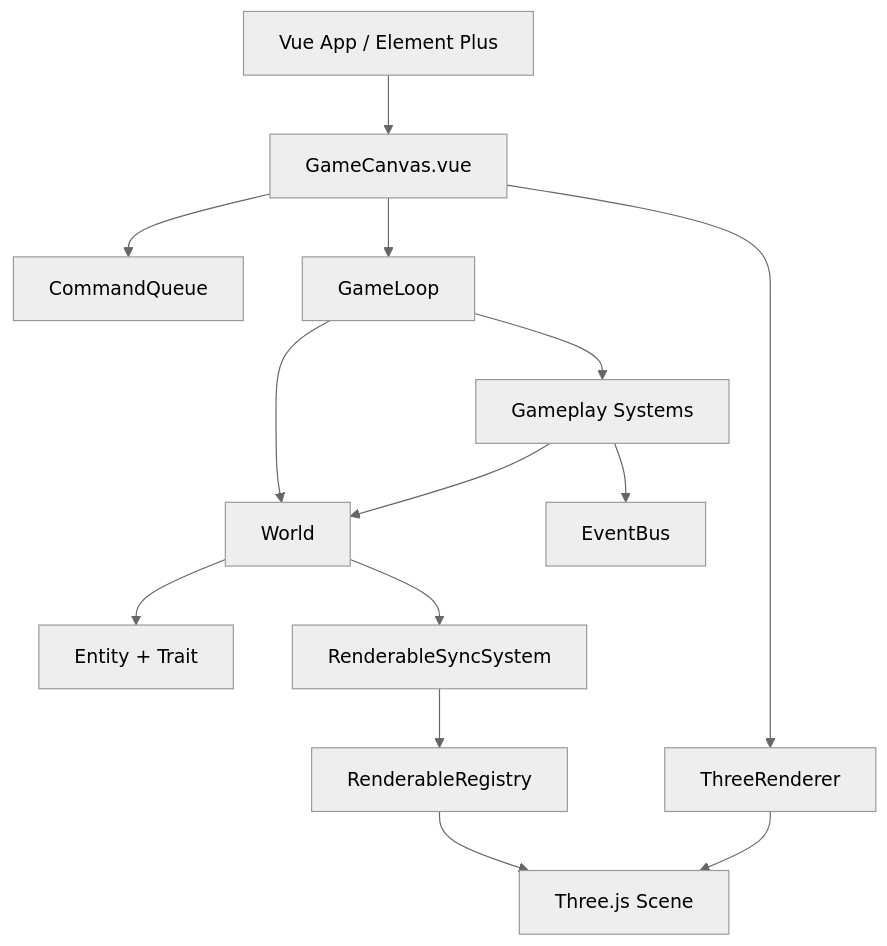
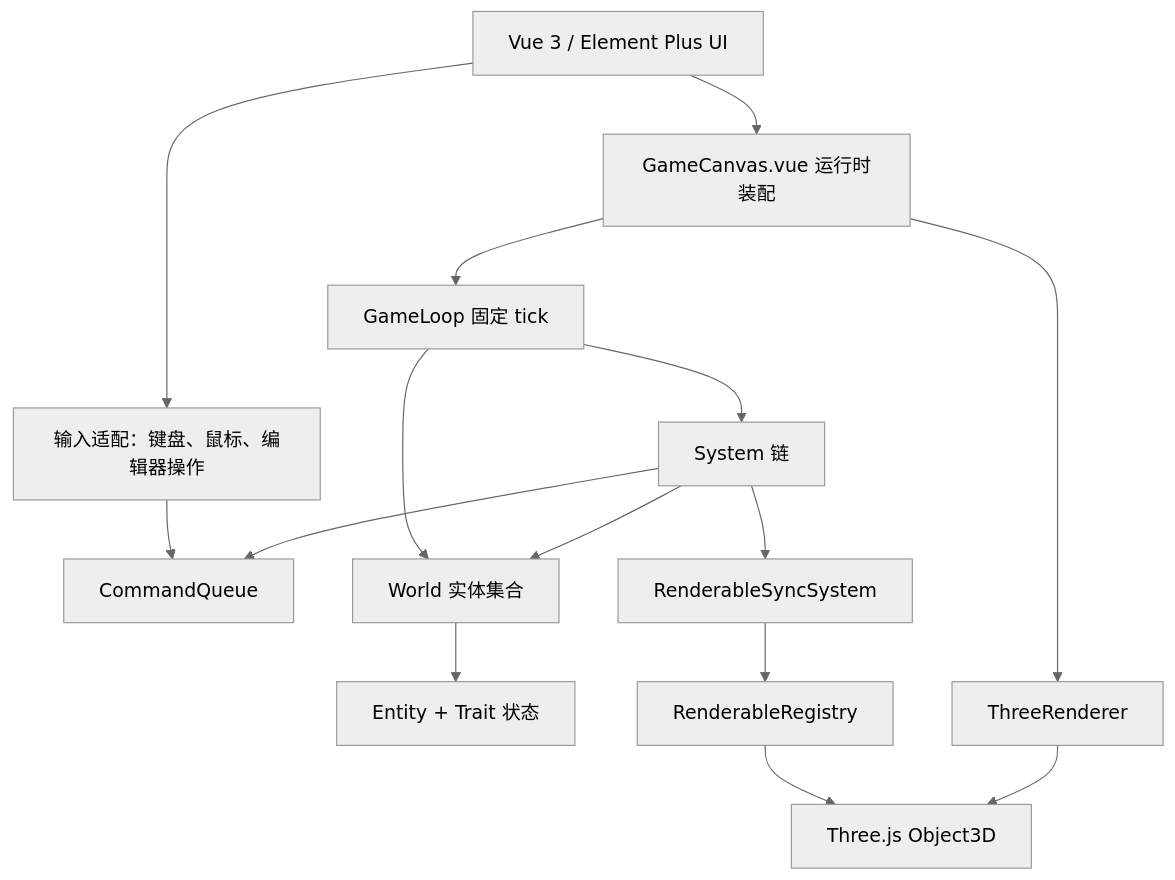
Before and after one commit to setadd/rts-game: the first of 4 diagrams in docs/engine-design.md, drawn with Mermaid (neutral theme). The commit also changed other lines of this file, not shown here.

Commit message:
docs: expand engine architecture design

````diff
--- a/docs/engine-design.md
+++ b/docs/engine-design.md
@@ -28,16 +104,17 @@
 ```mermaid
 flowchart TD
-  Vue["Vue App / Element Plus"] --> Canvas["GameCanvas.vue"]
-  Canvas --> Commands["CommandQueue"]
-  Canvas --> Loop["GameLoop"]
-  Loop --> World["World"]
-  Loop --> Systems["Gameplay Systems"]
+  UI["Vue 3 / Element Plus UI"] --> Input["输入适配：键盘、鼠标、编辑器操作"]
+  Input --> Queue["CommandQueue"]
+  UI --> Runtime["GameCanvas.vue 运行时装配"]
+  Runtime --> Loop["GameLoop 固定 tick"]
+  Loop --> World["World 实体集合"]
+  Loop --> Systems["System 链"]
+  Systems --> Queue
   Systems --> World
-  World --> Entities["Entity + Trait"]
-  Systems --> Events["EventBus"]
-  Canvas --> Renderer["ThreeRenderer"]
-  Renderer --> Three["Three.js Scene"]
-  World --> RenderSync["RenderableSyncSystem"]
-  RenderSync --> Registry["RenderableRegistry"]
-  Registry --> Three
+  World --> Traits["Entity + Trait 状态"]
+  Runtime --> Renderer["ThreeRenderer"]
+  Systems --> Sync["RenderableSyncSystem"]
+  Sync --> Registry["RenderableRegistry"]
+  Registry --> Objects["Three.js Object3D"]
+  Renderer --> Objects
 ```
````
